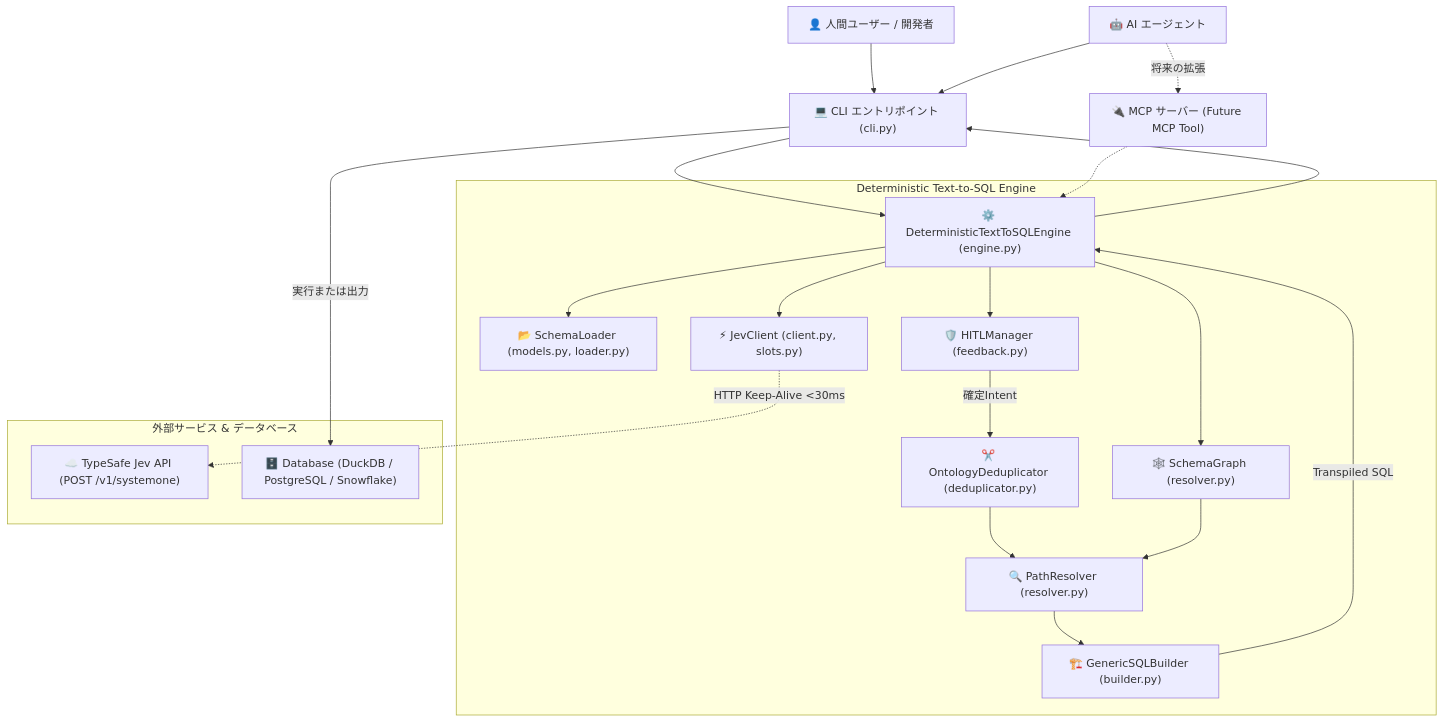
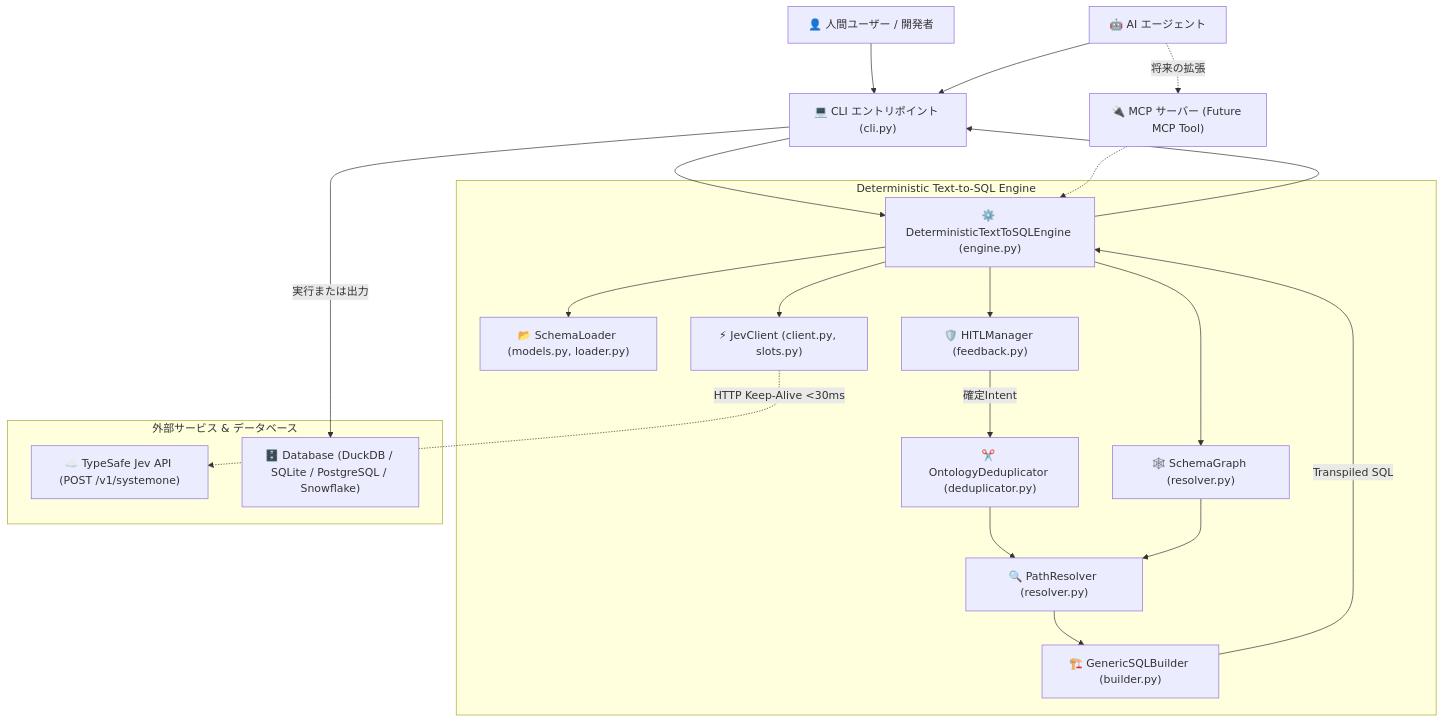
One commit to snaga/Deterministic-Text-to-SQL changed the first of 4 diagrams in doc/design.md. Above: the diagram before and after it, drawn with Mermaid. The commit also changed other lines of this file and 2 other files, not shown here.

First line of the commit message:
docs(spec): SQLite ダイアレクト対応を技術・要件・設計へ反映

````diff
--- a/doc/design.md
+++ b/doc/design.md
@@ -127,32 +127,32 @@
 ```mermaid
 graph TD
     User["👤 人間ユーザー / 開発者"] --> CLI["💻 CLI エントリポイント (cli.py)"]
     Agent["🤖 AI エージェント"] --> CLI
     Agent -.->|将来の拡張| MCP["🔌 MCP サーバー (Future MCP Tool)"]
     
     CLI --> Engine["⚙️ DeterministicTextToSQLEngine (engine.py)"]
     MCP -.-> Engine
     
     subgraph CoreEngine ["Deterministic Text-to-SQL Engine"]
         Engine --> SchemaLoader["📂 SchemaLoader (models.py, loader.py)"]
         Engine --> SchemaGraph["🕸️ SchemaGraph (resolver.py)"]
         Engine --> JevClient["⚡ JevClient (client.py, slots.py)"]
         Engine --> HITL["🛡️ HITLManager (feedback.py)"]
         
         HITL -->|確定Intent| Deduplicator["✂️ OntologyDeduplicator (deduplicator.py)"]
         Deduplicator --> PathResolver["🔍 PathResolver (resolver.py)"]
         SchemaGraph --> PathResolver
         
         PathResolver --> SQLBuilder["🏗️ GenericSQLBuilder (builder.py)"]
     end
     
     subgraph External ["外部サービス & データベース"]
         JevAPI["☁️ TypeSafe Jev API (POST /v1/systemone)"]
-        DB["🗄️ Database (DuckDB / PostgreSQL / Snowflake)"]
+        DB["🗄️ Database (DuckDB / SQLite / PostgreSQL / Snowflake)"]
     end
     
     JevClient -.->|HTTP Keep-Alive <30ms| JevAPI
     SQLBuilder -->|Transpiled SQL| Engine
     Engine --> CLI
     CLI -->|実行または出力| DB
 ```
````
